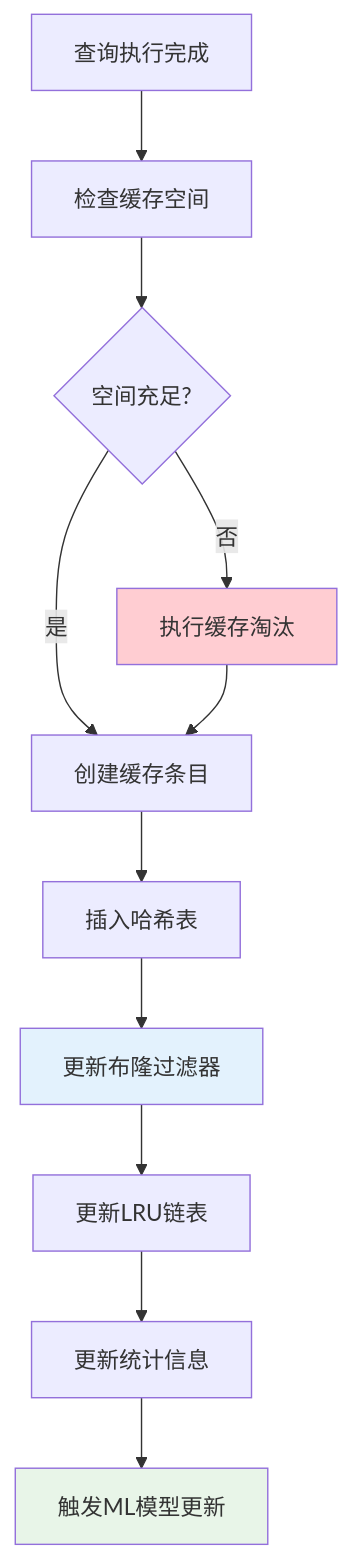
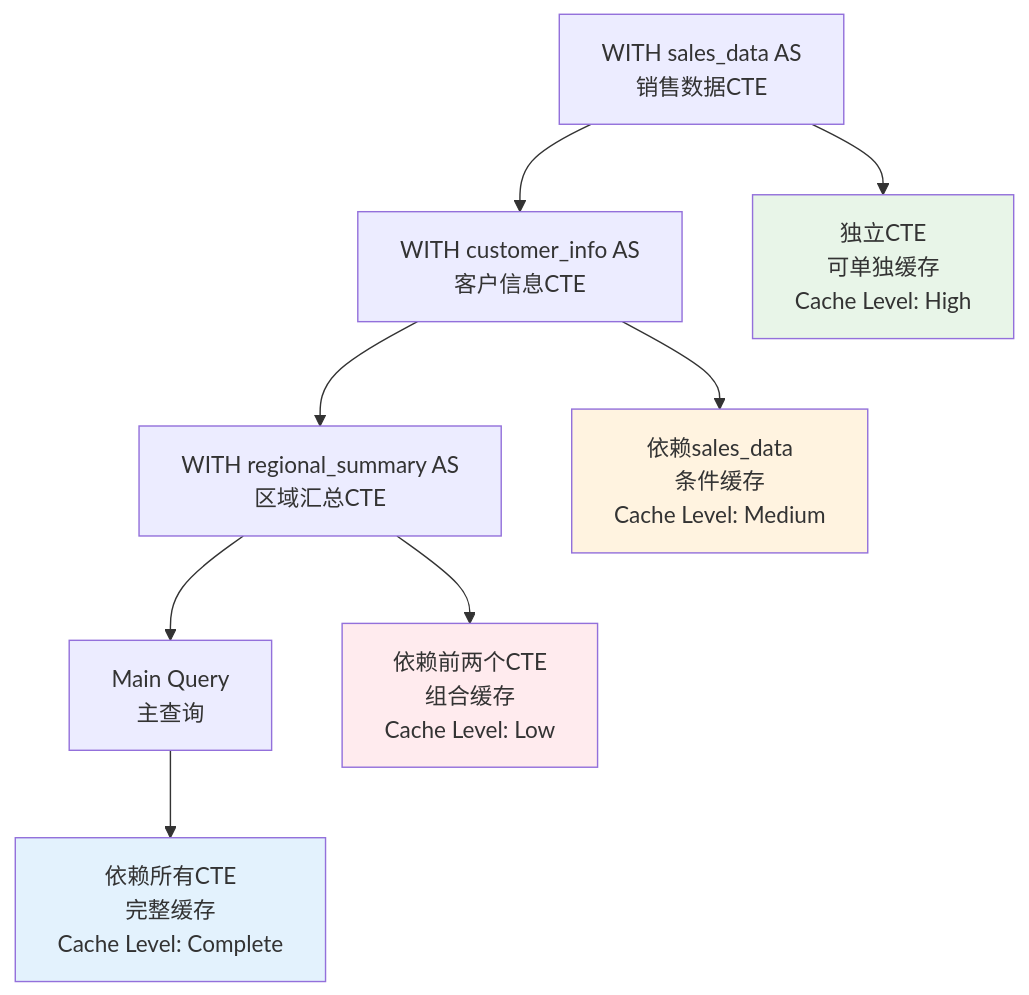
Before and after one commit to crazypenguincode/duckdb: diagram 13 of 13 in md/第三章-动态缓存管理.md, drawn with Mermaid. The commit also changed other lines of this file and 4 other files, not shown here.

````diff
--- a/md/第三章-动态缓存管理.md
+++ b/md/第三章-动态缓存管理.md
@@ -418,17 +2383,16 @@
 ```mermaid
 graph TD
-    A[查询执行完成] --> B[检查缓存空间]
-    B --> C{空间充足?}
-    C --> |否| D[执行缓存淘汰]
-    C --> |是| E[创建缓存条目]
-    D --> E
-    E --> F[插入哈希表]
-    F --> G[更新布隆过滤器]
-    G --> H[更新LRU链表]
-    H --> I[更新统计信息]
-    I --> J[触发ML模型更新]
+    A[WITH sales_data AS<br/>销售数据CTE] --> B[WITH customer_info AS<br/>客户信息CTE]
+    B --> C[WITH regional_summary AS<br/>区域汇总CTE]
+    C --> D[Main Query<br/>主查询]
     
-    style D fill:#ffcdd2
-    style G fill:#e3f2fd
-    style J fill:#e8f5e8
+    A --> A1[独立CTE<br/>可单独缓存<br/>Cache Level: High]
+    B --> B1[依赖sales_data<br/>条件缓存<br/>Cache Level: Medium]
+    C --> C1[依赖前两个CTE<br/>组合缓存<br/>Cache Level: Low]
+    D --> D1[依赖所有CTE<br/>完整缓存<br/>Cache Level: Complete]
+    
+    style A1 fill:#e8f5e8
+    style B1 fill:#fff3e0
+    style C1 fill:#ffebee
+    style D1 fill:#e3f2fd
 ```
````
